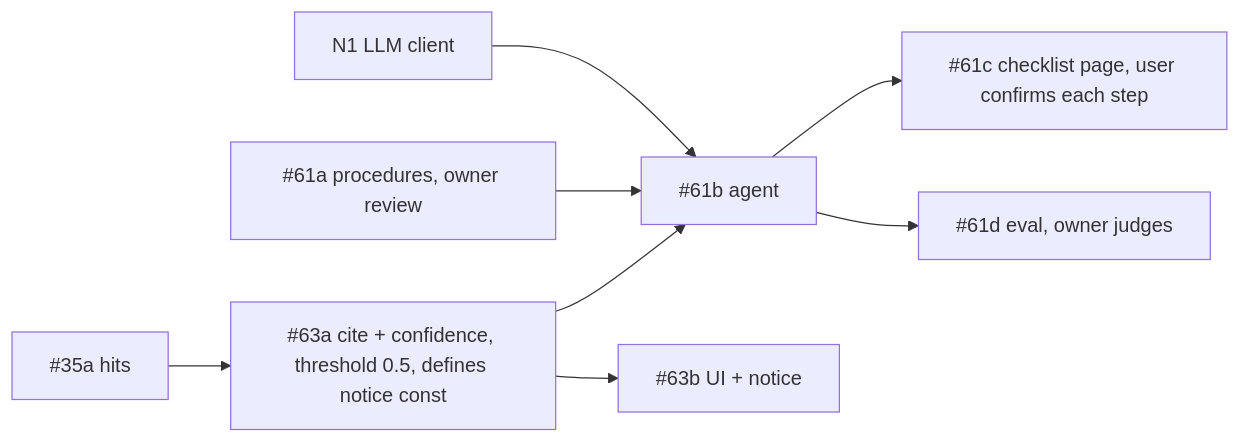
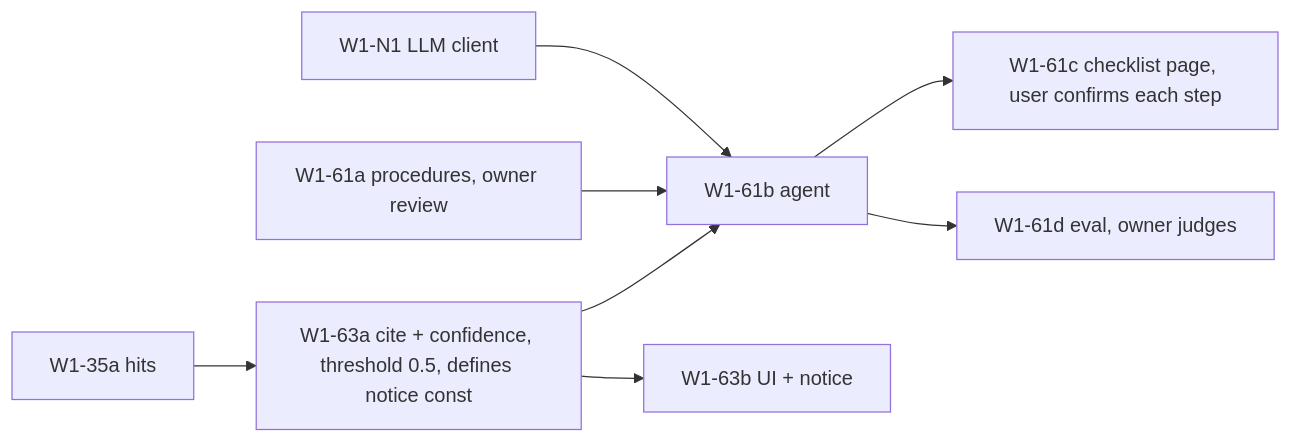
One commit to Stihotvor/law_by_ai changed the seventh of 9 diagrams in docs/design/wave1-mvp/dag.md. Above: the diagram before and after it, drawn with Mermaid. The commit also changed other lines of this file and 15 other files, not shown here.

````diff
--- a/docs/design/wave1-mvp/dag.md
+++ b/docs/design/wave1-mvp/dag.md
@@ -213,9 +213,9 @@
 ```mermaid
 graph LR
-  H[#35a hits] --> Ci[#63a cite + confidence, threshold 0.5, defines notice const] --> Ag[#61b agent]
-  Ci --> CU[#63b UI + notice]
-  KB[#61a procedures, owner review] --> Ag
-  LLM[N1 LLM client] --> Ag
-  Ag --> Ui[#61c checklist page, user confirms each step]
-  Ag --> Ev[#61d eval, owner judges]
+  H[W1-35a hits] --> Ci[W1-63a cite + confidence, threshold 0.5, defines notice const] --> Ag[W1-61b agent]
+  Ci --> CU[W1-63b UI + notice]
+  KB[W1-61a procedures, owner review] --> Ag
+  LLM[W1-N1 LLM client] --> Ag
+  Ag --> Ui[W1-61c checklist page, user confirms each step]
+  Ag --> Ev[W1-61d eval, owner judges]
 ```
````
